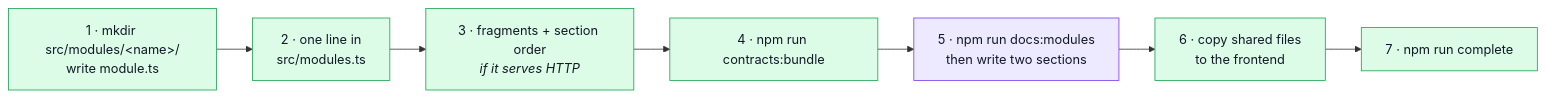
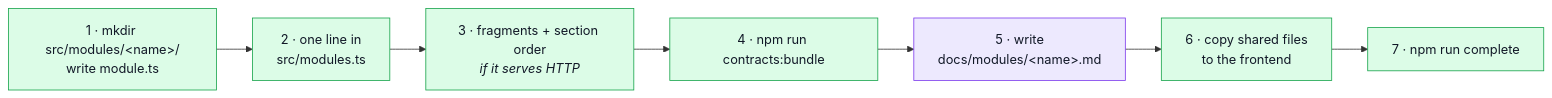
The first of 4 diagrams in docs/theory/module-lifecycle.md (Guebbit/boilerplate-node-backend), drawn with Mermaid before and after one commit. The commit also changed other lines of this file and 35 other files, not shown here.

````diff
--- a/docs/theory/module-lifecycle.md
+++ b/docs/theory/module-lifecycle.md
@@ -68,14 +68,14 @@
 ```mermaid
 %%{init: {'flowchart': {'nodeSpacing': 40, 'rankSpacing': 45}}}%%
 flowchart LR
     A["1 · mkdir src/modules/&lt;name&gt;/<br/>write module.ts"] --> B["2 · one line in<br/>src/modules.ts"]
     B --> C["3 · fragments + section order<br/><i>if it serves HTTP</i>"]
     C --> D["4 · npm run contracts:bundle"]
-    D --> E["5 · npm run docs:modules<br/>then write two sections"]
+    D --> E["5 · write<br/>docs/modules/&lt;name&gt;.md"]
     E --> F["6 · copy shared files<br/>to the frontend"]
     F --> G["7 · npm run complete"]
     classDef s fill:#dcfce7,stroke:#16a34a,color:#111827;
     classDef d fill:#ede9fe,stroke:#7c3aed,color:#111827;
     class A,B,C,D,F,G s;
     class E d;
 ```
````
